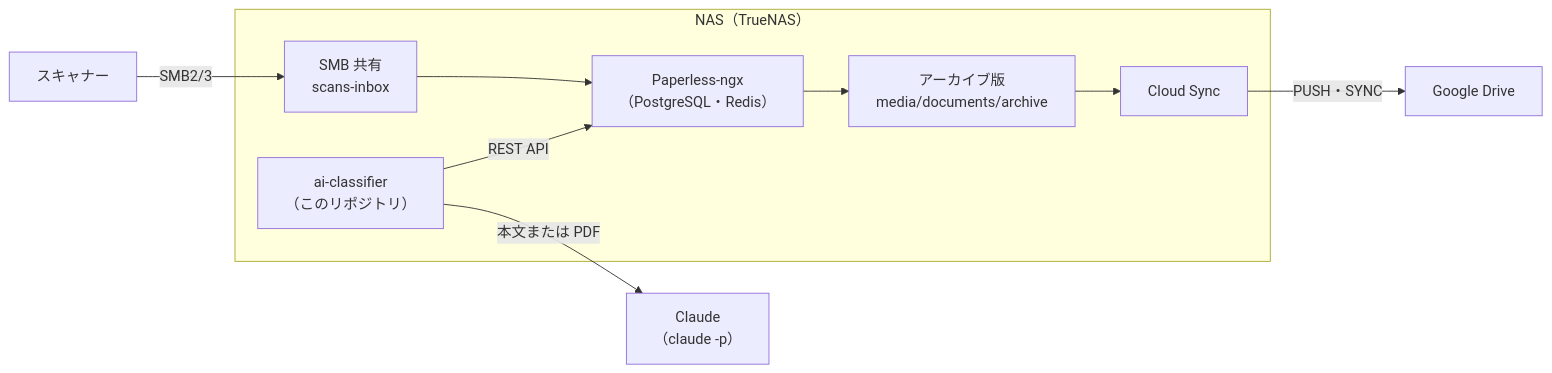
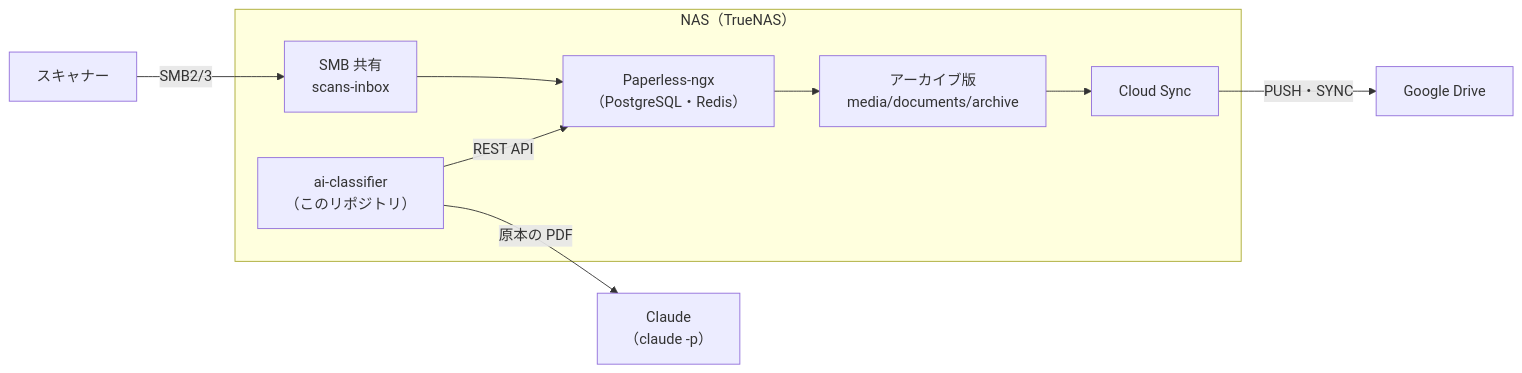
The diagram in docs/design.md (AkashiSN/paperless-scan-sorter), drawn with Mermaid before and after one commit. The commit also changed other lines of this file and 16 other files, not shown here.

First line of the commit message:
feat(classifier): すべての書類で原本の PDF を Claude に読ませ、書き起こしで本文を置き換える

````diff
--- a/docs/design.md
+++ b/docs/design.md
@@ -48,14 +48,14 @@
 ```mermaid
 flowchart LR
   scanner["スキャナー"] -- "SMB2/3" --> inbox
 
   subgraph nas["NAS（TrueNAS）"]
     inbox["SMB 共有<br/>scans-inbox"] --> paperless["Paperless-ngx<br/>（PostgreSQL・Redis）"]
     classifier["ai-classifier<br/>（このリポジトリ）"] -- "REST API" --> paperless
     paperless --> archive["アーカイブ版<br/>media/documents/archive"]
     archive --> sync["Cloud Sync"]
   end
 
-  classifier -- "本文または PDF" --> claude["Claude<br/>（claude -p）"]
+  classifier -- "原本の PDF" --> claude["Claude<br/>（claude -p）"]
   sync -- "PUSH・SYNC" --> drive["Google Drive"]
 ```
````
